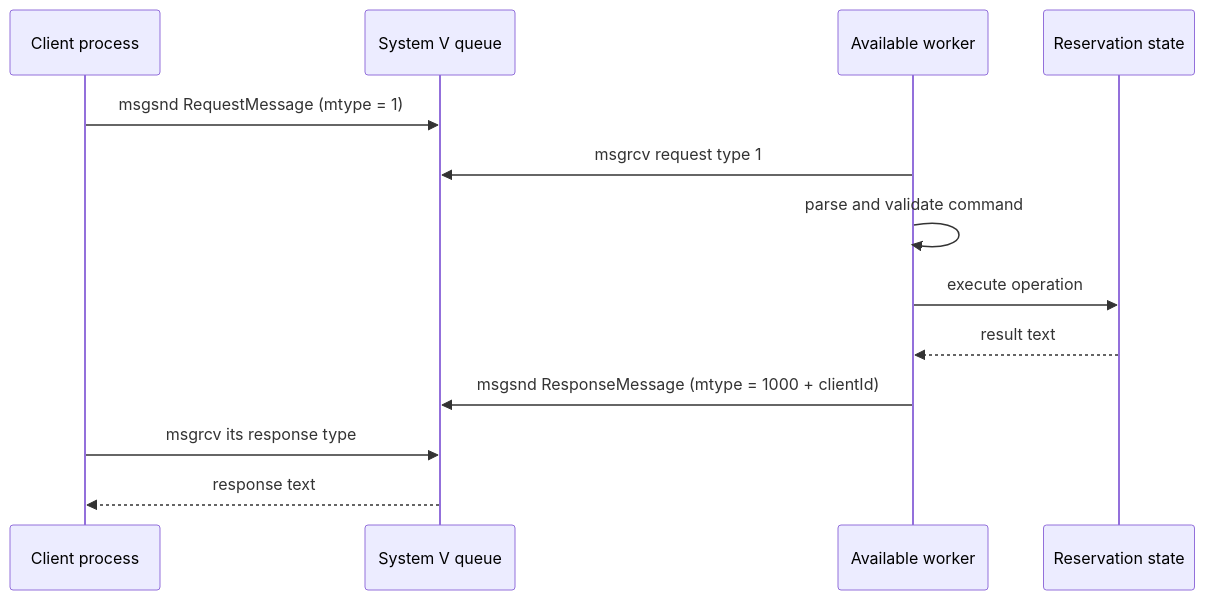
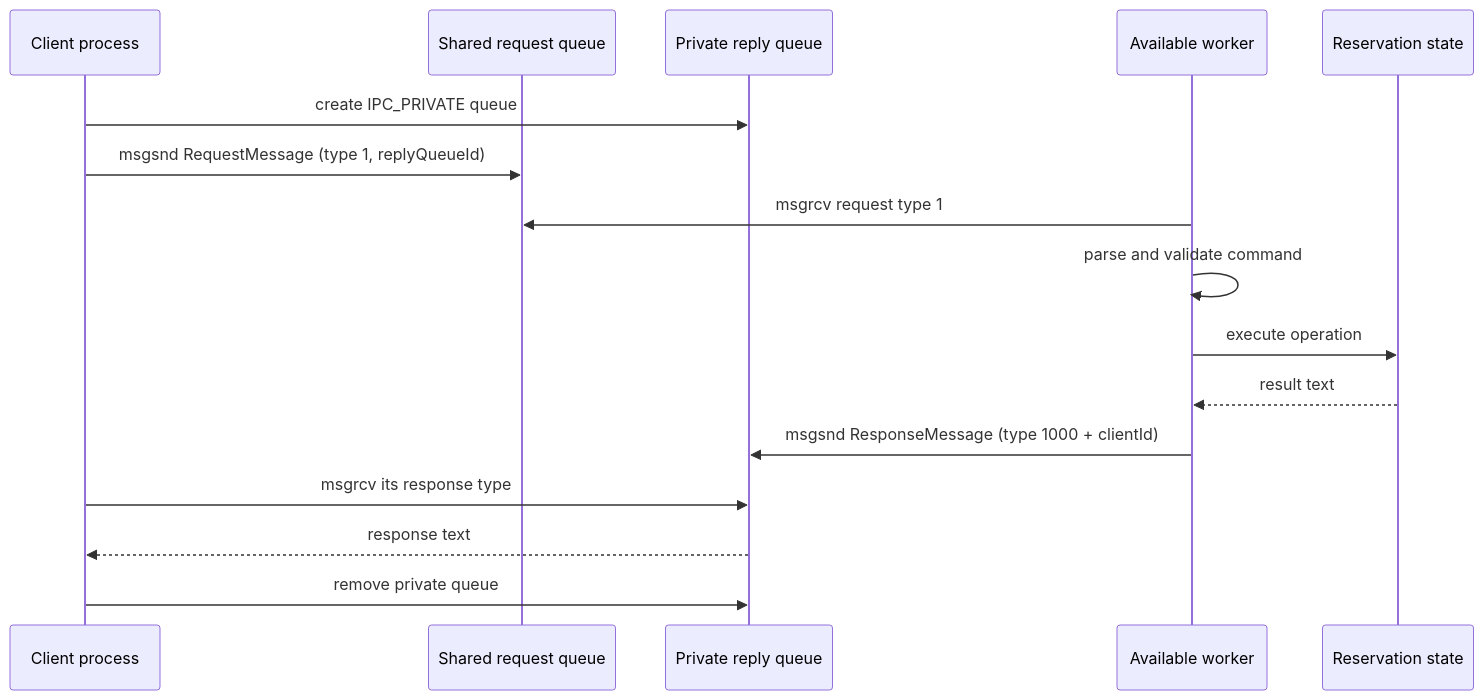
One commit to vixvify/airplane-booking changed the third of 5 diagrams in docs/architecture.md. Above: the diagram before and after it, drawn with Mermaid. The commit also changed other lines of this file and 29 other files, not shown here.

````diff
--- a/docs/architecture.md
+++ b/docs/architecture.md
@@ -83,16 +84,19 @@
 ```mermaid
 sequenceDiagram
     participant Client as Client process
-    participant Queue as System V queue
+    participant Queue as Shared request queue
+    participant Reply as Private reply queue
     participant Worker as Available worker
     participant Domain as Reservation state
 
-    Client->>Queue: msgsnd RequestMessage (mtype = 1)
+    Client->>Reply: create IPC_PRIVATE queue
+    Client->>Queue: msgsnd RequestMessage (type 1, replyQueueId)
     Worker->>Queue: msgrcv request type 1
     Worker->>Worker: parse and validate command
     Worker->>Domain: execute operation
     Domain-->>Worker: result text
-    Worker->>Queue: msgsnd ResponseMessage (mtype = 1000 + clientId)
-    Client->>Queue: msgrcv its response type
-    Queue-->>Client: response text
+    Worker->>Reply: msgsnd ResponseMessage (type 1000 + clientId)
+    Client->>Reply: msgrcv its response type
+    Reply-->>Client: response text
+    Client->>Reply: remove private queue
 ```
````
